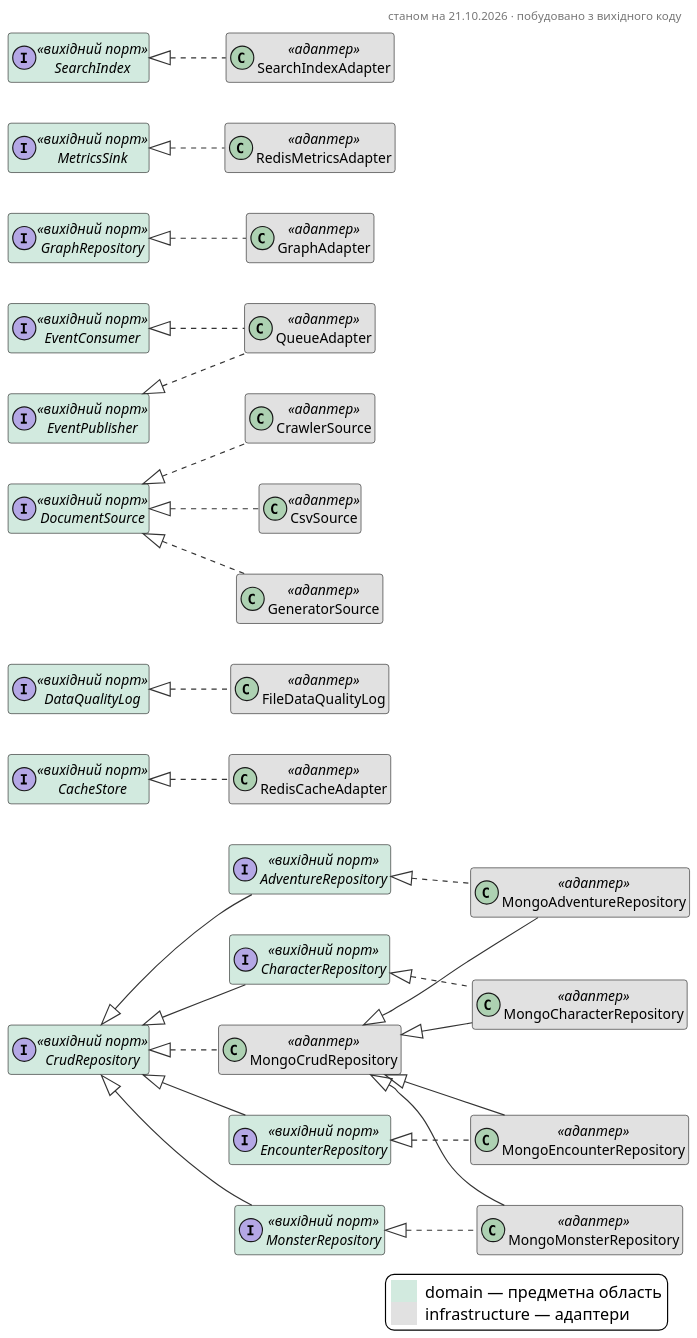
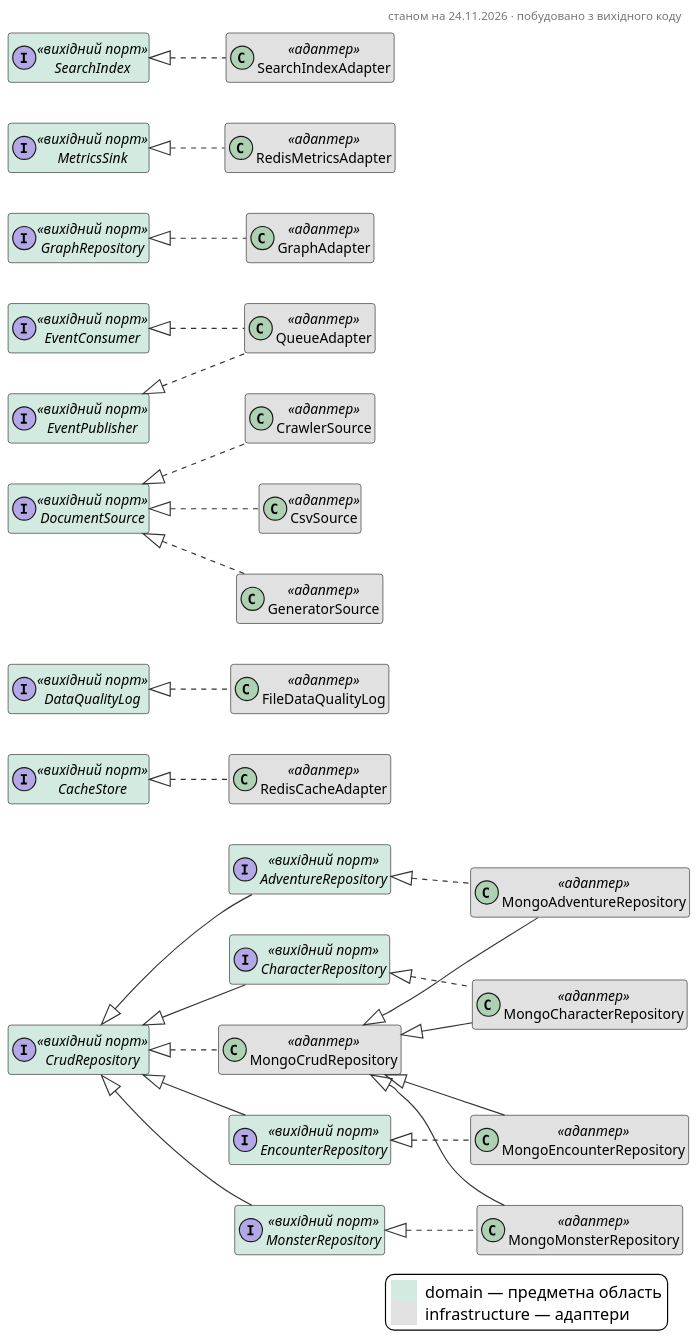
The diagram in docs/diagrams/03-ports-adapters.puml (Oleksiiska/DB_coursework_D-D), drawn with PlantUML before and after one commit. The commit also changed 58 other files, not shown here.

```diff
--- a/docs/diagrams/03-ports-adapters.puml
+++ b/docs/diagrams/03-ports-adapters.puml
@@ -1,72 +1,72 @@
 @startuml 03-ports-adapters
 skinparam backgroundColor white
 skinparam shadowing false
 skinparam dpi 150
 skinparam defaultFontSize 12
 skinparam classAttributeIconSize 0
 skinparam packageStyle rectangle
 skinparam ArrowColor #333333
 skinparam HeaderFontColor #777777
 skinparam HeaderFontSize 10
 hide empty members
 
 header
-станом на 21.10.2026 · побудовано з вихідного коду
+станом на 24.11.2026 · побудовано з вихідного коду
 endheader
 
 left to right direction
 interface AdventureRepository <<вихідний порт>> #D2EADF
 interface CacheStore <<вихідний порт>> #D2EADF
 interface CharacterRepository <<вихідний порт>> #D2EADF
 interface CrudRepository <<вихідний порт>> #D2EADF
 interface DataQualityLog <<вихідний порт>> #D2EADF
 interface DocumentSource <<вихідний порт>> #D2EADF
 interface EncounterRepository <<вихідний порт>> #D2EADF
 interface EventConsumer <<вихідний порт>> #D2EADF
 interface EventPublisher <<вихідний порт>> #D2EADF
 interface GraphRepository <<вихідний порт>> #D2EADF
 interface MetricsSink <<вихідний порт>> #D2EADF
 interface MonsterRepository <<вихідний порт>> #D2EADF
 interface SearchIndex <<вихідний порт>> #D2EADF
 class QueueAdapter <<адаптер>> #E1E1E1
 class FileDataQualityLog <<адаптер>> #E1E1E1
 class GraphAdapter <<адаптер>> #E1E1E1
 class MongoAdventureRepository <<адаптер>> #E1E1E1
 class MongoCharacterRepository <<адаптер>> #E1E1E1
 class MongoCrudRepository <<адаптер>> #E1E1E1
 class MongoEncounterRepository <<адаптер>> #E1E1E1
 class MongoMonsterRepository <<адаптер>> #E1E1E1
 class RedisCacheAdapter <<адаптер>> #E1E1E1
 class RedisMetricsAdapter <<адаптер>> #E1E1E1
 class SearchIndexAdapter <<адаптер>> #E1E1E1
 class CrawlerSource <<адаптер>> #E1E1E1
 class CsvSource <<адаптер>> #E1E1E1
 class GeneratorSource <<адаптер>> #E1E1E1
 DocumentSource <|.. CrawlerSource
 DocumentSource <|.. CsvSource
 DataQualityLog <|.. FileDataQualityLog
 DocumentSource <|.. GeneratorSource
 GraphRepository <|.. GraphAdapter
 AdventureRepository <|.. MongoAdventureRepository
 CharacterRepository <|.. MongoCharacterRepository
 CrudRepository <|.. MongoCrudRepository
 EncounterRepository <|.. MongoEncounterRepository
 MonsterRepository <|.. MongoMonsterRepository
 EventConsumer <|.. QueueAdapter
 EventPublisher <|.. QueueAdapter
 CacheStore <|.. RedisCacheAdapter
 MetricsSink <|.. RedisMetricsAdapter
 SearchIndex <|.. SearchIndexAdapter
 CrudRepository <|-- AdventureRepository
 CrudRepository <|-- CharacterRepository
 CrudRepository <|-- EncounterRepository
 MongoCrudRepository <|-- MongoAdventureRepository
 MongoCrudRepository <|-- MongoCharacterRepository
 MongoCrudRepository <|-- MongoEncounterRepository
 MongoCrudRepository <|-- MongoMonsterRepository
 CrudRepository <|-- MonsterRepository
 legend right
 <back:#D2EADF>      </back>  domain — предметна область
 <back:#E1E1E1>      </back>  infrastructure — адаптери
 endlegend
 @enduml
```
